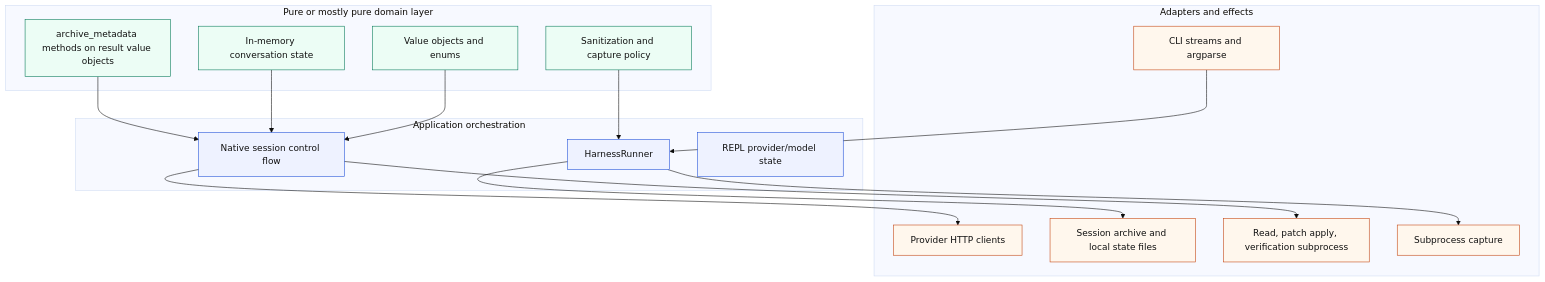
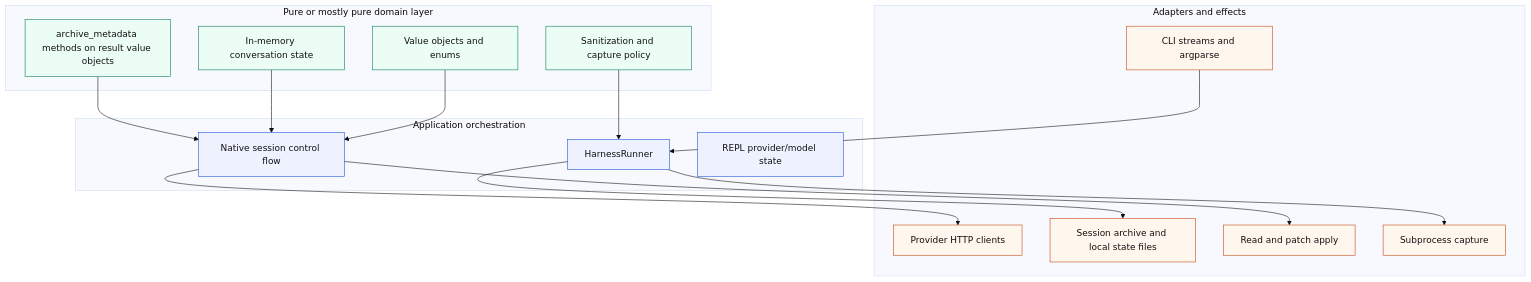
Before and after one commit to ephes/pipy: the third of 3 diagrams in docs/architecture.md, drawn with Mermaid (base theme). The commit also changed other lines of this file and 36 other files, not shown here.

````diff
--- a/docs/architecture.md
+++ b/docs/architecture.md
@@ -140,40 +142,40 @@
 ```mermaid
 flowchart TB
   subgraph Pure[Pure or mostly pure domain layer]
     Models[Value objects and enums]
     Conversation[In-memory conversation state]
     Capture[Sanitization and capture policy]
     ArchiveMetadata[archive_metadata methods on result value objects]
   end
 
   subgraph Orchestration[Application orchestration]
     Runner[HarnessRunner]
     NativeSession[Native session control flow]
     ReplState[REPL provider/model state]
   end
 
   subgraph Adapters[Adapters and effects]
     CLI[CLI streams and argparse]
     HTTP[Provider HTTP clients]
     FileIO[Session archive and local state files]
-    WorkspaceIO[Read, patch apply, verification subprocess]
+    WorkspaceIO[Read and patch apply]
     ProcessIO[Subprocess capture]
   end
 
   Models --> NativeSession
   Conversation --> NativeSession
   Capture --> Runner
   ArchiveMetadata --> NativeSession
   Runner --> FileIO
   NativeSession --> HTTP
   NativeSession --> WorkspaceIO
   CLI --> Runner
   Runner --> ProcessIO
 
   classDef pure fill:#ecfdf5,stroke:#047857,color:#111111;
   classDef orchestration fill:#eef2ff,stroke:#1d4ed8,color:#111111;
   classDef effects fill:#fff7ed,stroke:#c2410c,color:#111111;
   class Models,Conversation,Capture,ArchiveMetadata pure;
   class Runner,NativeSession,ReplState orchestration;
   class CLI,HTTP,FileIO,WorkspaceIO,ProcessIO effects;
 ```
````
